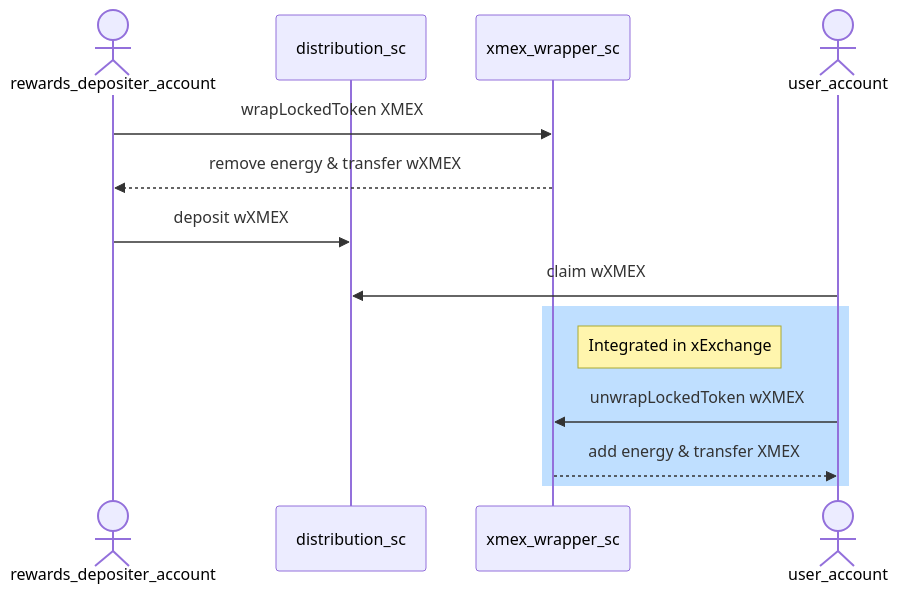
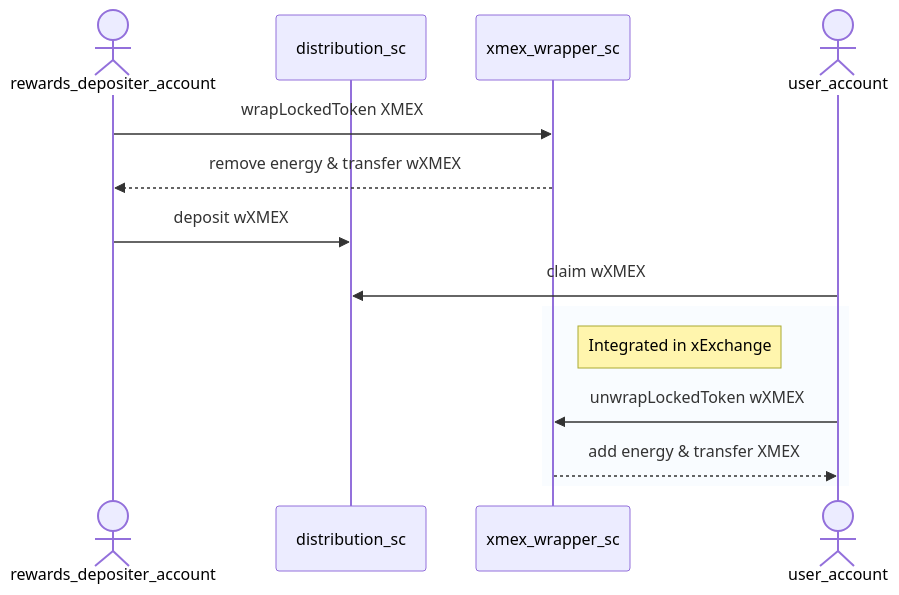
Before and after one commit to multiversx/mx-specs: the diagram in LKMEX-whitelist/whitelist_request_template.md, drawn with Mermaid.

Commit message:
box support for darkmode

````diff
--- a/LKMEX-whitelist/whitelist_request_template.md
+++ b/LKMEX-whitelist/whitelist_request_template.md
@@ -46,16 +46,16 @@
 ```mermaid
 sequenceDiagram
     actor rewards_depositer_account
     participant distribution_sc
     participant xmex_wrapper_sc
     actor user_account
     rewards_depositer_account->>xmex_wrapper_sc: wrapLockedToken XMEX
     xmex_wrapper_sc-->>rewards_depositer_account: remove energy & transfer wXMEX
     rewards_depositer_account->>distribution_sc: deposit wXMEX
     user_account->>distribution_sc: claim wXMEX
-    rect rgb(191, 223, 255)
+    rect rgba(191, 223, 255, .1)
     note right of xmex_wrapper_sc: Integrated in xExchange
     user_account->>xmex_wrapper_sc: unwrapLockedToken wXMEX
     xmex_wrapper_sc-->>user_account: add energy & transfer XMEX
     end
 ```
````
